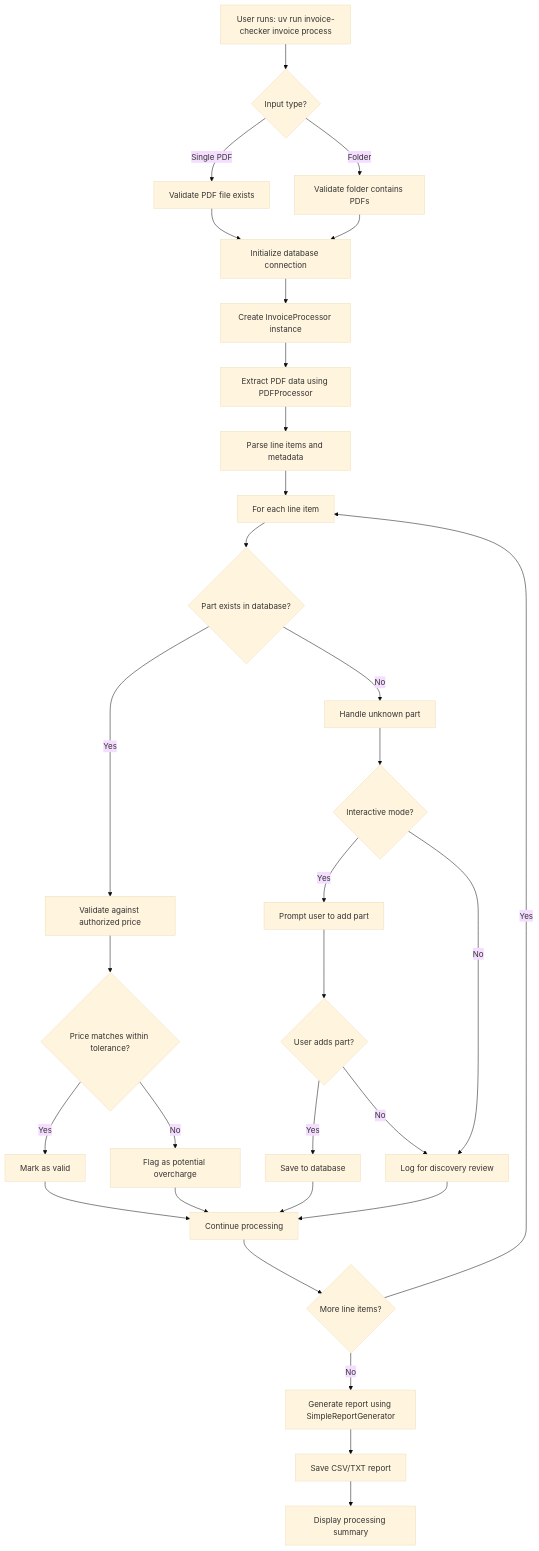
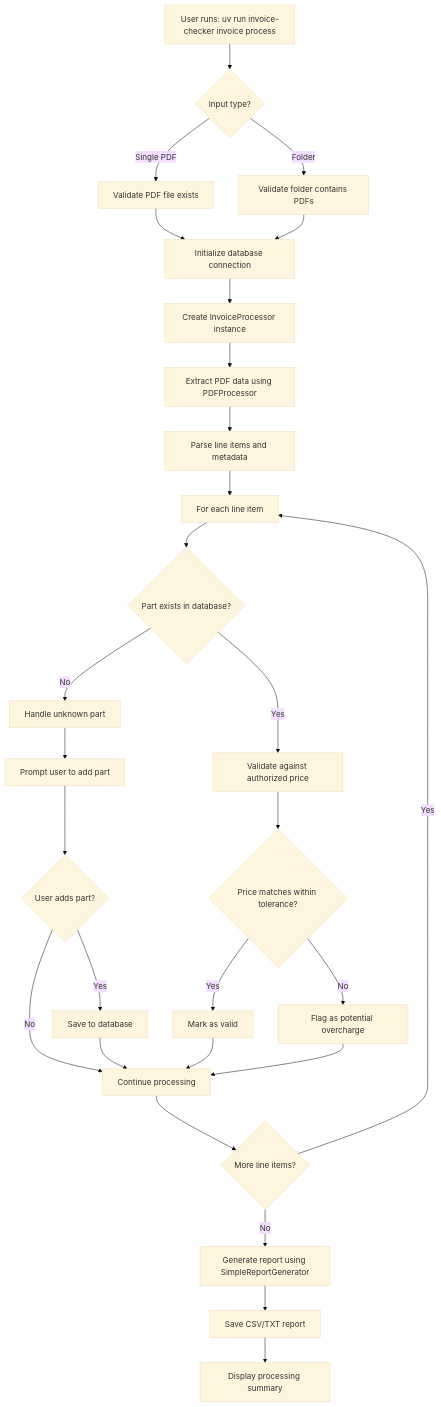
Before and after one commit to Nuosis/invoice_line_cost_detection: the second of 7 diagrams in docs/USER_FLOWS.md, drawn with Mermaid (base theme). The commit also changed other lines of this file and 40 other files, not shown here.

````diff
--- a/docs/USER_FLOWS.md
+++ b/docs/USER_FLOWS.md
@@ -59,40 +59,37 @@
 ```mermaid
 flowchart TD
     A[User runs: uv run invoice-checker invoice process] --> A1{Input type?}
     A1 -->|Single PDF| A2[Validate PDF file exists]
     A1 -->|Folder| A3[Validate folder contains PDFs]
     A2 --> B[Initialize database connection]
     A3 --> B
     
     B --> C[Create InvoiceProcessor instance]
     C --> D[Extract PDF data using PDFProcessor]
     D --> E[Parse line items and metadata]
     E --> F[For each line item]
     
     F --> G{Part exists in database?}
     G -->|Yes| H[Validate against authorized price]
     G -->|No| I[Handle unknown part]
     
     H --> J{Price matches within tolerance?}
     J -->|Yes| K[Mark as valid]
     J -->|No| L[Flag as potential overcharge]
     
-    I --> M{Interactive mode?}
-    M -->|Yes| N[Prompt user to add part]
-    M -->|No| O[Log for discovery review]
+    I --> N[Prompt user to add part]
     
     N --> P{User adds part?}
     P -->|Yes| Q[Save to database]
-    P -->|No| O
+    P -->|No| R[Continue processing]
     
-    Q --> R[Continue processing]
-    O --> R
+    Q --> R
     K --> R
     L --> R
     
     R --> S{More line items?}
     S -->|Yes| F
     S -->|No| T[Generate report using SimpleReportGenerator]
     T --> U[Save CSV/TXT report]
     U --> V[Display processing summary]
 ```
````
